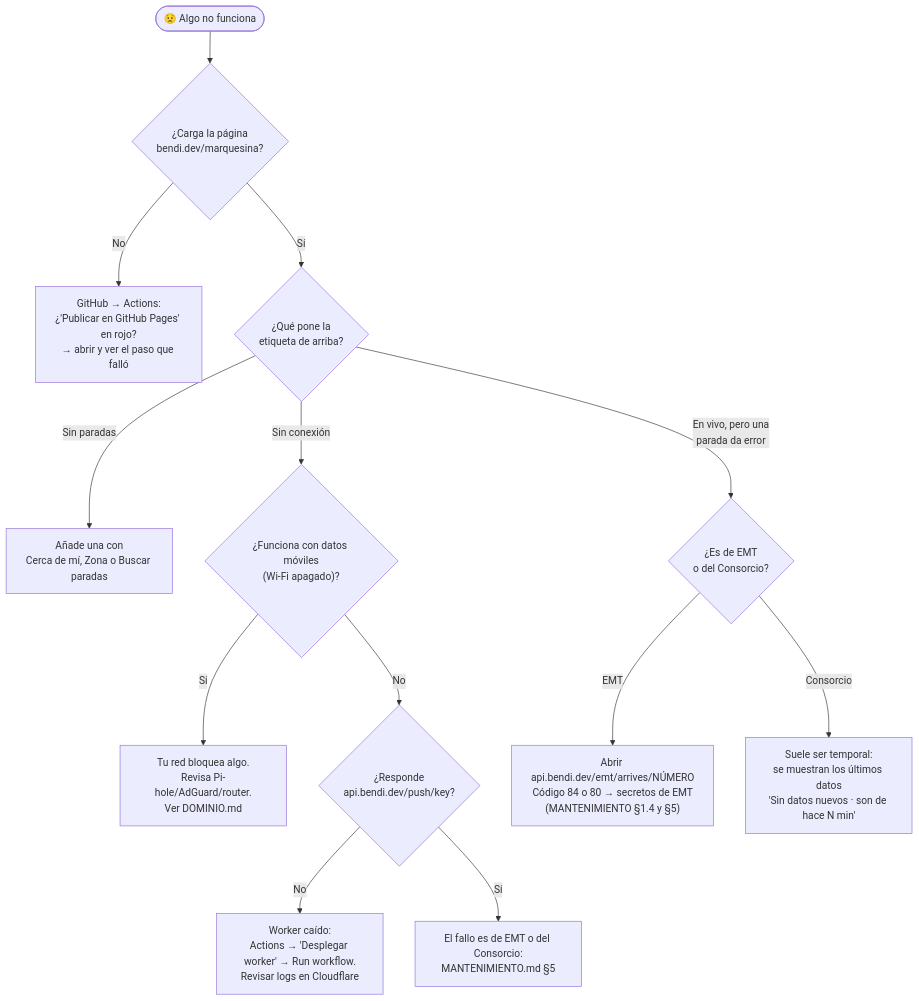
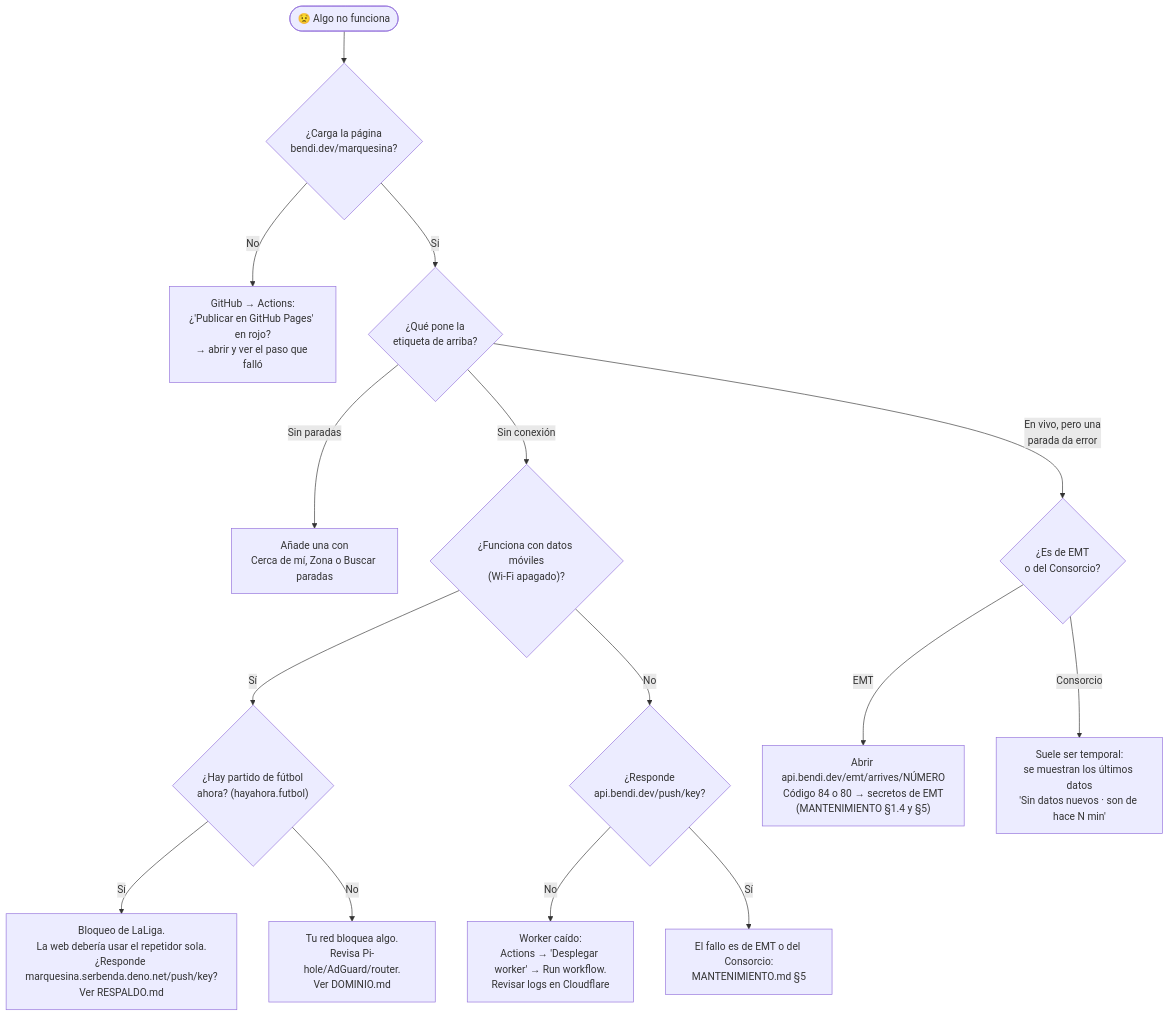
Before and after one commit to serbenda/marquesina: diagram 16 of 17 in docs/GUIA.md, drawn with Mermaid. The commit also changed other lines of this file and 13 other files, not shown here.

````diff
--- a/docs/GUIA.md
+++ b/docs/GUIA.md
@@ -582,15 +756,17 @@
 ```mermaid
 flowchart TB
   S(["😟 Algo no funciona"]) --> Q1{"¿Carga la página<br/>bendi.dev/marquesina?"}
   Q1 -- "No" --> A1["GitHub → Actions:<br/>¿'Publicar en GitHub Pages' en rojo?<br/>→ abrir y ver el paso que falló"]
   Q1 -- "Sí" --> Q2{"¿Qué pone la<br/>etiqueta de arriba?"}
   Q2 -- "Sin paradas" --> A2["Añade una con<br/>Cerca de mí, Zona o Buscar paradas"]
   Q2 -- "Sin conexión" --> Q3{"¿Funciona con datos móviles<br/>(Wi-Fi apagado)?"}
-  Q3 -- "Sí" --> A3["Tu red bloquea algo.<br/>Revisa Pi-hole/AdGuard/router.<br/>Ver DOMINIO.md"]
+  Q3 -- "Sí" --> Q6{"¿Hay partido de fútbol<br/>ahora? (hayahora.futbol)"}
+  Q6 -- "Sí" --> A8["Bloqueo de LaLiga.<br/>La web debería usar el repetidor sola.<br/>¿Responde marquesina.serbenda.deno.net/push/key?<br/>Ver RESPALDO.md"]
+  Q6 -- "No" --> A3["Tu red bloquea algo.<br/>Revisa Pi-hole/AdGuard/router.<br/>Ver DOMINIO.md"]
   Q3 -- "No" --> Q4{"¿Responde<br/>api.bendi.dev/push/key?"}
   Q4 -- "No" --> A4["Worker caído:<br/>Actions → 'Desplegar worker' → Run workflow.<br/>Revisar logs en Cloudflare"]
   Q4 -- "Sí" --> A5["El fallo es de EMT o del Consorcio:<br/>MANTENIMIENTO.md §5"]
   Q2 -- "En vivo, pero una<br/>parada da error" --> Q5{"¿Es de EMT<br/>o del Consorcio?"}
   Q5 -- "EMT" --> A6["Abrir api.bendi.dev/emt/arrives/NÚMERO<br/>Código 84 o 80 → secretos de EMT<br/>(MANTENIMIENTO §1.4 y §5)"]
   Q5 -- "Consorcio" --> A7["Suele ser temporal:<br/>se muestran los últimos datos<br/>'Sin datos nuevos · son de hace N min'"]
 ```
````
